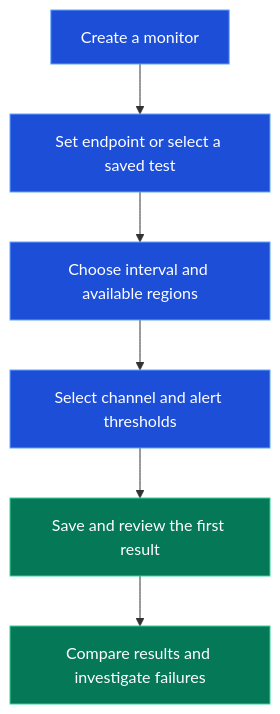
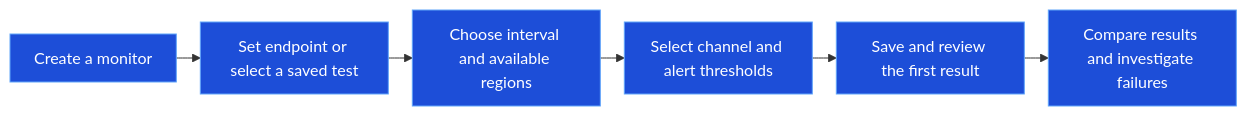
The diagram in docs/content/docs/app/monitor.mdx (supercheck-io/supercheck), drawn with Mermaid before and after one commit. The commit also changed other lines of this file and 5 other files, not shown here.

````diff
--- a/docs/content/docs/app/monitor.mdx
+++ b/docs/content/docs/app/monitor.mdx
@@ -13,13 +18,12 @@
 ```mermaid
-flowchart TB
+%%{init: {"flowchart":{"nodeSpacing":20,"rankSpacing":24,"padding":12,"wrappingWidth":140}}}%%
+flowchart LR
     Create[Create a monitor] --> Target[Set endpoint or select a saved test]
     Target --> Schedule[Choose interval and available regions]
     Schedule --> Alerts[Select channel and alert thresholds]
     Alerts --> Save[Save and review the first result]
     Save --> Review[Compare results and investigate failures]
 
     classDef action fill:#1d4ed8,stroke:#60a5fa,color:#fff
-    classDef success fill:#047857,stroke:#34d399,color:#fff
-    class Create,Target,Schedule,Alerts action
-    class Save,Review success
+    class Create,Target,Schedule,Alerts,Save,Review action
 ```
````
